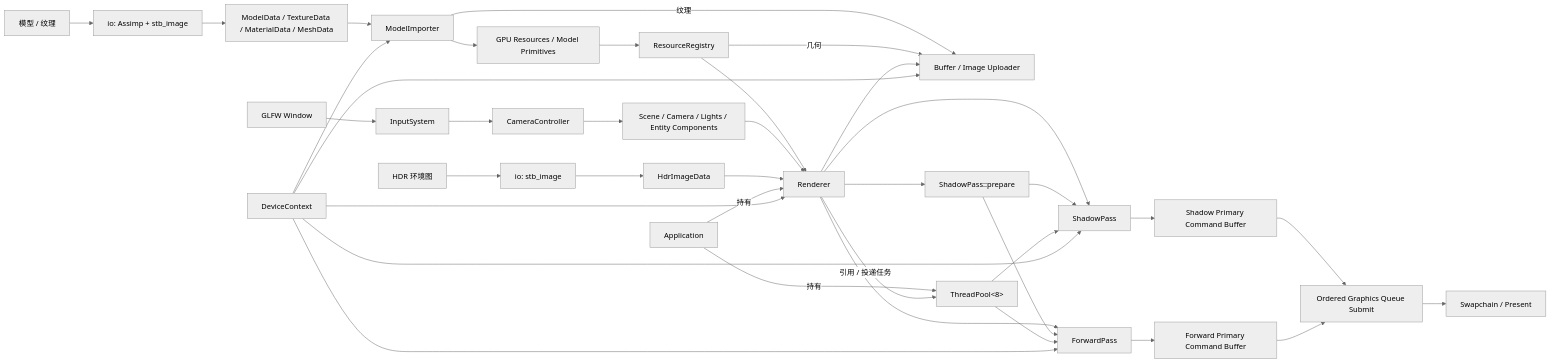
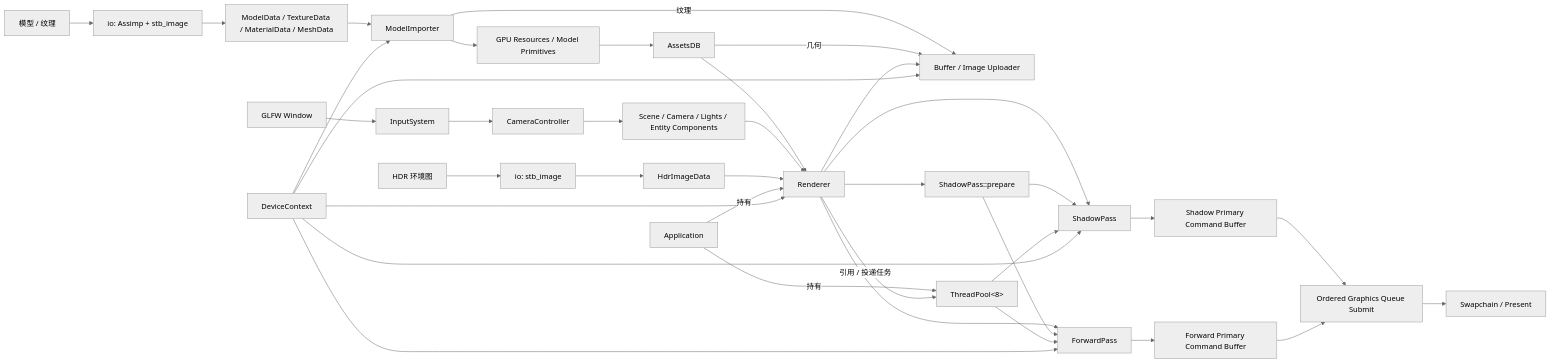
The diagram in README.md (th1nk2r-git/th1nk2r_renderer), drawn with Mermaid (neutral theme) before and after one commit. The commit also changed other lines of this file and 25 other files, not shown here.

````diff
--- a/README.md
+++ b/README.md
@@ -76,41 +76,41 @@
 ```mermaid
 flowchart LR
     Assets["模型 / 纹理"] --> IO["io: Assimp + stb_image"]
     IO --> CPU["ModelData / TextureData / MaterialData / MeshData"]
     CPU --> Importer["ModelImporter"]
     Importer --> GPU["GPU Resources / Model Primitives"]
-    GPU --> Registry["ResourceRegistry"]
+    GPU --> Registry["AssetsDB"]
     Importer -->|纹理| Upload["Buffer / Image Uploader"]
     Registry -->|几何| Upload
     HDR["HDR 环境图"] --> ImageIO["io: stb_image"]
     ImageIO --> Panorama["HdrImageData"]
 
     Window["GLFW Window"] --> Input["InputSystem"]
     Input --> Camera["CameraController"]
     Camera --> Scene["Scene / Camera / Lights / Entity Components"]
     Registry --> Renderer["Renderer"]
     Scene --> Renderer
     Panorama --> Renderer
     Renderer --> Upload
     Renderer --> Prepare["ShadowPass::prepare"]
     App["Application"] -->|持有| Pool["ThreadPool&lt;8&gt;"]
     App -->|持有| Renderer
     Renderer -->|引用 / 投递任务| Pool
     Renderer --> Shadow["ShadowPass"]
     Renderer --> Forward["ForwardPass"]
     Prepare --> Shadow
     Prepare --> Forward
     Pool --> Shadow
     Pool --> Forward
     Shadow --> ShadowCB["Shadow Primary Command Buffer"]
     Forward --> ForwardCB["Forward Primary Command Buffer"]
     ShadowCB --> Submit["Ordered Graphics Queue Submit"]
     ForwardCB --> Submit
     Submit --> Swapchain["Swapchain / Present"]
 
     Device["DeviceContext"] --> Upload
     Device --> Importer
     Device --> Shadow
     Device --> Forward
     Device --> Renderer
 ```
````
